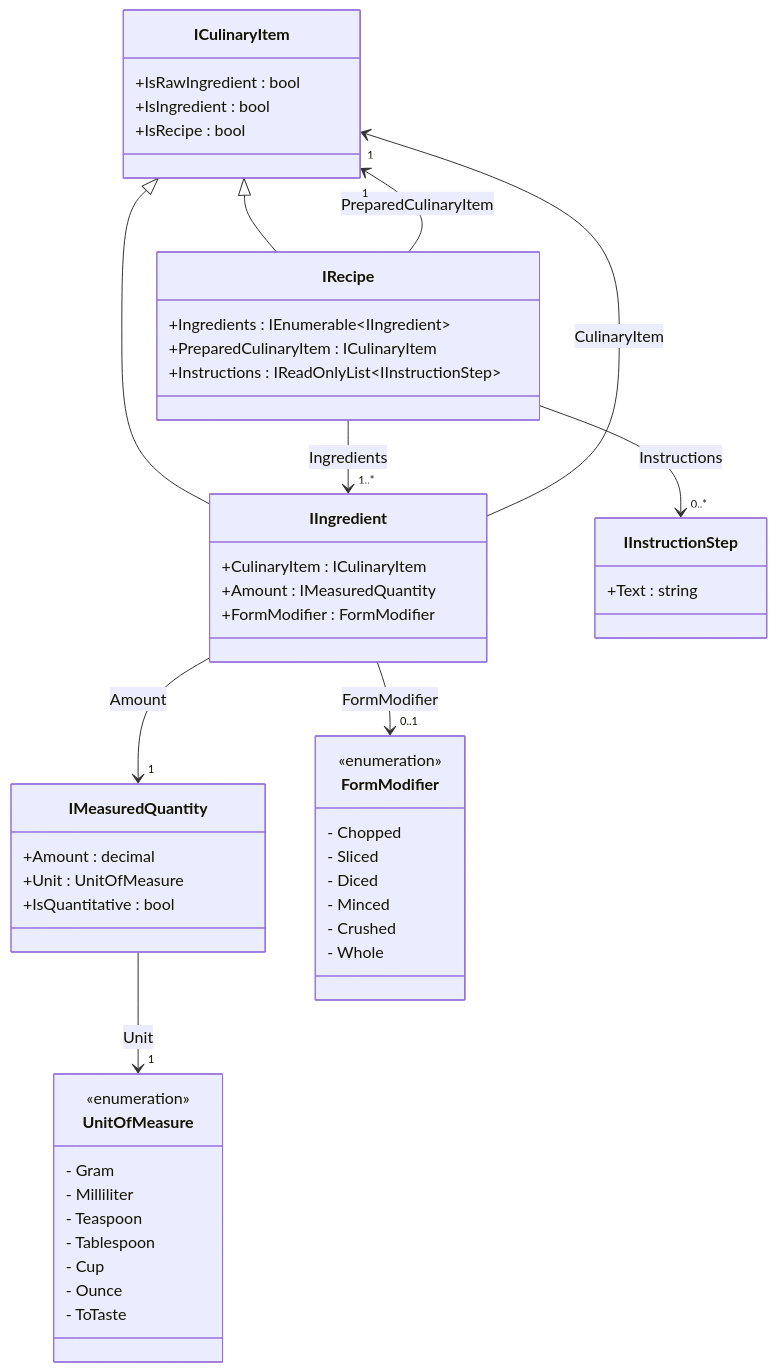
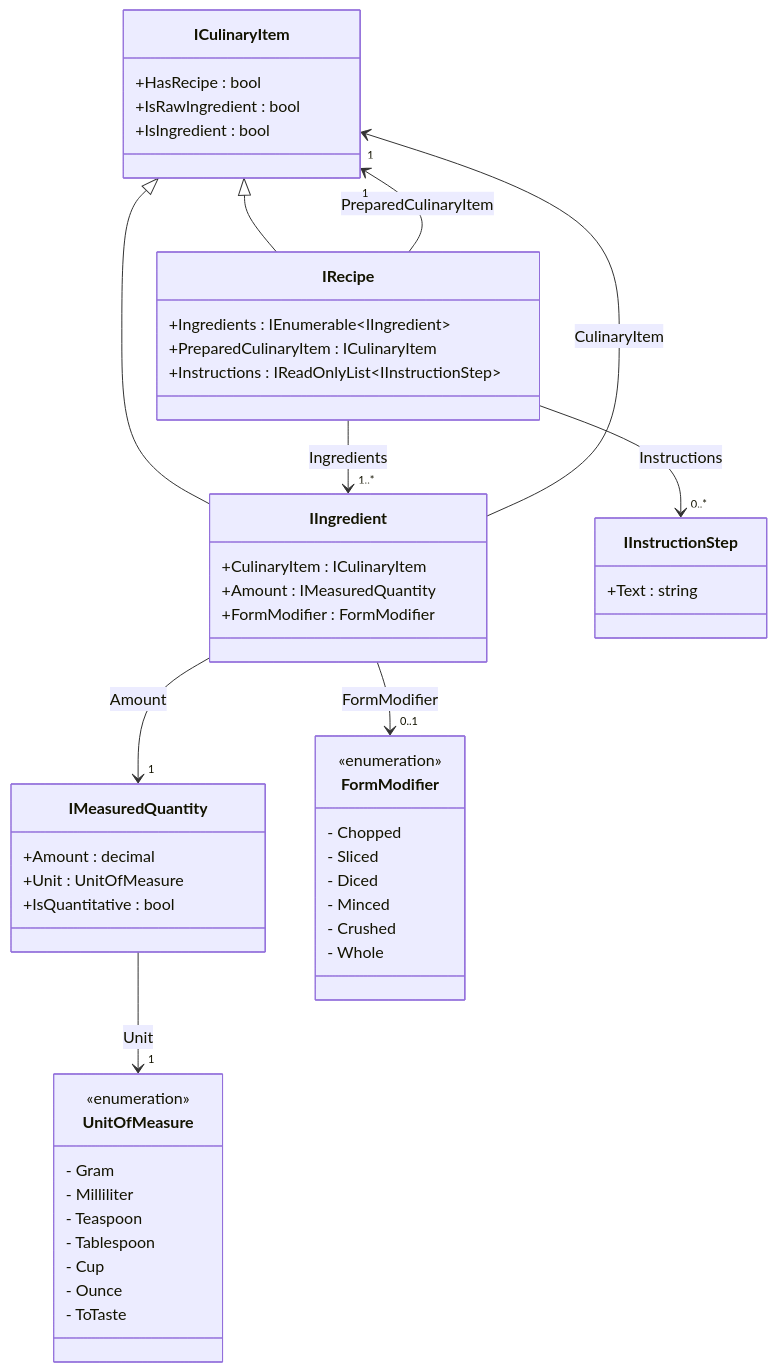
One commit to PhoenixAscendDev/Random changed the first of 2 diagrams in MVP-BO.md. Above: the diagram before and after it, drawn with Mermaid.

````diff
--- a/MVP-BO.md
+++ b/MVP-BO.md
@@ -62,69 +62,69 @@
 ```mermaid
 classDiagram
     %% Base Interface
     class ICulinaryItem {
-        +IsRawIngredient : bool
-        +IsIngredient : bool
-        +IsRecipe : bool
-    }
+    +HasRecipe : bool
+    +IsRawIngredient : bool
+    +IsIngredient : bool
+}
 
     %% Recipe-Centered Types
     class IRecipe {
         +Ingredients : IEnumerable~IIngredient~
         +PreparedCulinaryItem : ICulinaryItem
         +Instructions : IReadOnlyList~IInstructionStep~
     }
 
     class IIngredient {
         +CulinaryItem : ICulinaryItem
         +Amount : IMeasuredQuantity
         +FormModifier : FormModifier
     }
 
     class IMeasuredQuantity {
         +Amount : decimal
         +Unit : UnitOfMeasure
         +IsQuantitative : bool
     }
 
     class IInstructionStep {
         +Text : string
     }
 
     %% Enums with examples
     class UnitOfMeasure {
         <<enumeration>>
         - Gram
         - Milliliter
         - Teaspoon
         - Tablespoon
         - Cup
         - Ounce
         - ToTaste
     }
 
     class FormModifier {
         <<enumeration>>
         - Chopped
         - Sliced
         - Diced
         - Minced
         - Crushed
         - Whole
     }
 
     %% Inheritance
     ICulinaryItem <|-- IRecipe
     ICulinaryItem <|-- IIngredient
 
     %% Associations
     IRecipe --> "1..*" IIngredient : Ingredients
     IRecipe --> "0..*" IInstructionStep : Instructions
     IRecipe --> "1" ICulinaryItem : PreparedCulinaryItem
 
     IIngredient --> "1" ICulinaryItem : CulinaryItem
     IIngredient --> "1" IMeasuredQuantity : Amount
     IIngredient --> "0..1" FormModifier : FormModifier
 
     IMeasuredQuantity --> "1" UnitOfMeasure : Unit
 ```
````
